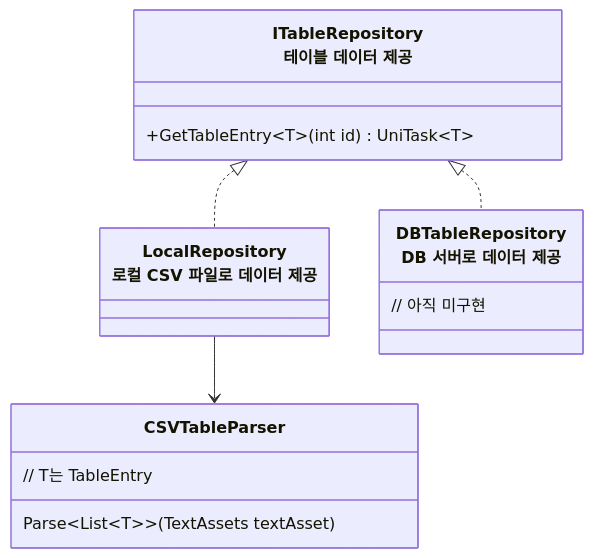
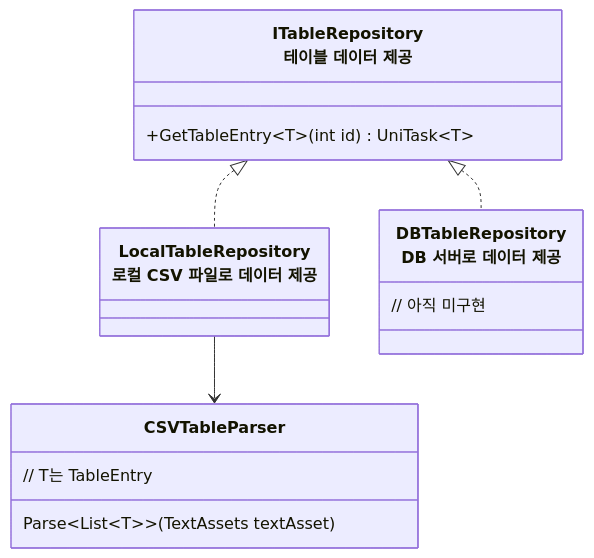
One commit to JIN5EOK/DungeonShooter changed the diagram in README/데이터테이블_설계.md. Above: the diagram before and after it, drawn with Mermaid. The commit also changed other lines of this file and 1 other file, not shown here.

````diff
--- a/README/데이터테이블_설계.md
+++ b/README/데이터테이블_설계.md
@@ -10,23 +10,23 @@
 ```mermaid
 classDiagram
     class ITableRepository["ITableRepository<br>테이블 데이터 제공"]{
 	    +GetTableEntry~T~(int id) UniTask~T~
 	}
 	
-	class LocalTableRepository["LocalRepository<br>로컬 CSV 파일로 데이터 제공"]{
+	class LocalTableRepository["LocalTableRepository<br>로컬 CSV 파일로 데이터 제공"]{
 
 	}
 	
 	class DBTableRepository["DBTableRepository<br>DB 서버로 데이터 제공"]{
         // 아직 미구현
 	}
 	
 	class CSVTableParser{
 	    Parse~List~T~~(TextAssets textAsset) 
 	    // T는 TableEntry
     }
 	
 	ITableRepository <|.. LocalTableRepository
 	ITableRepository <|.. DBTableRepository
     LocalTableRepository --> CSVTableParser
 ```
````
